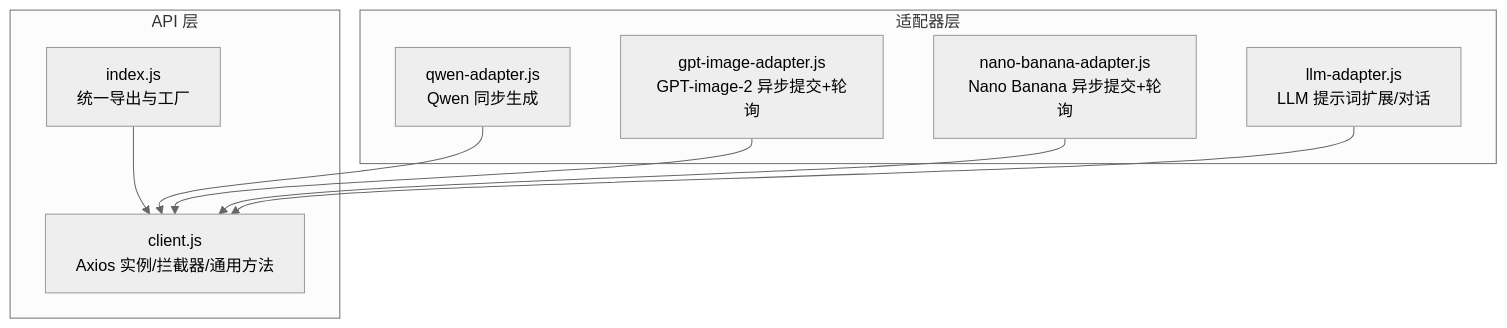
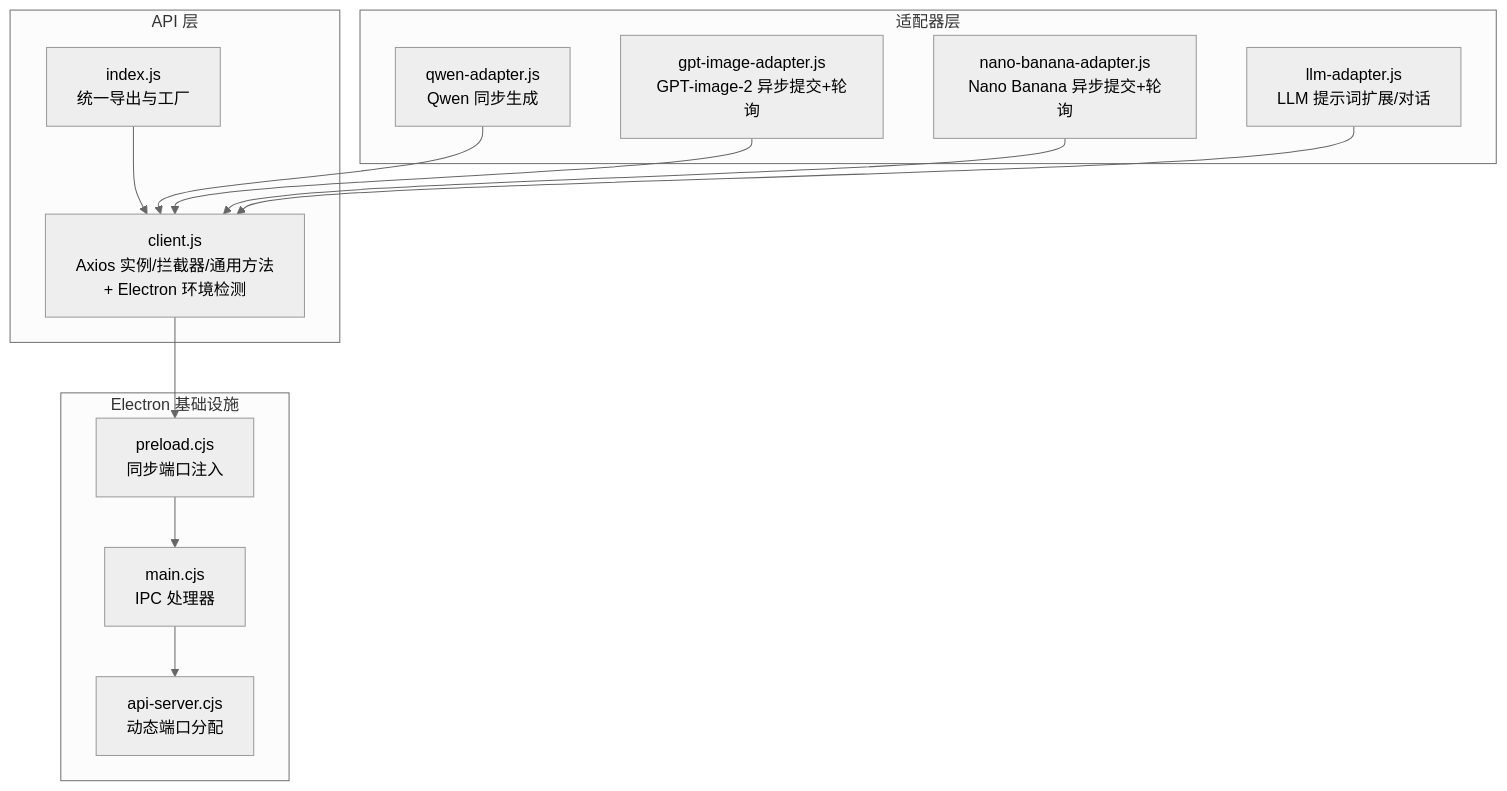
One commit to AlbusWei/AI-Image-Studio changed the first of 9 diagrams in .qoder/repowiki/zh/content/API 适配层/HTTP 客户端封装.md. Above: the diagram before and after it, drawn with Mermaid (neutral theme). The commit also changed other lines of this file and 26 other files, not shown here.

Commit message:
fix: 修复 Gallery 图片显示 broken image 问题

````diff
--- a/.qoder/repowiki/zh/content/API 适配层/HTTP 客户端封装.md
+++ b/.qoder/repowiki/zh/content/API 适配层/HTTP 客户端封装.md
@@ -34,18 +47,26 @@
 ```mermaid
 graph TB
 subgraph "API 层"
 IDX["index.js<br/>统一导出与工厂"]
-CLI["client.js<br/>Axios 实例/拦截器/通用方法"]
+CLI["client.js<br/>Axios 实例/拦截器/通用方法<br/>+ Electron 环境检测"]
+end
+subgraph "Electron 基础设施"
+PRELOAD["preload.cjs<br/>同步端口注入"]
+MAIN["main.cjs<br/>IPC 处理器"]
+APISERVER["api-server.cjs<br/>动态端口分配"]
 end
 subgraph "适配器层"
 QWEN["qwen-adapter.js<br/>Qwen 同步生成"]
 GPTI["gpt-image-adapter.js<br/>GPT-image-2 异步提交+轮询"]
 NANO["nano-banana-adapter.js<br/>Nano Banana 异步提交+轮询"]
 LLM["llm-adapter.js<br/>LLM 提示词扩展/对话"]
 end
 IDX --> CLI
 QWEN --> CLI
 GPTI --> CLI
 NANO --> CLI
 LLM --> CLI
+PRELOAD --> MAIN
+MAIN --> APISERVER
+CLI --> PRELOAD
 ```
````
